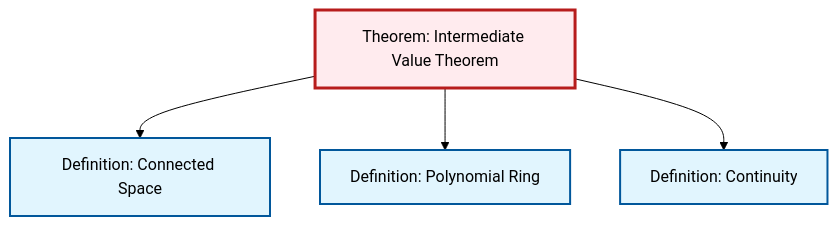
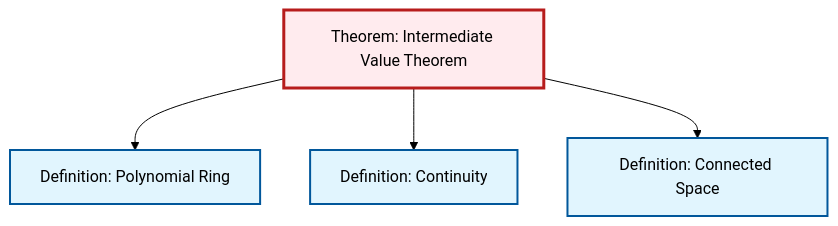
One commit to RK0429/ModernMath changed the diagram in content/ja/topology/thm-intermediate-value.qmd. Above: the diagram before and after it, drawn with Mermaid (forest theme). The commit also changed other lines of this file and 491 other files, not shown here.

````diff
--- a/content/ja/topology/thm-intermediate-value.qmd
+++ b/content/ja/topology/thm-intermediate-value.qmd
@@ -52,20 +52,20 @@
 ```{mermaid}
 %%| fig-cap: "Local dependency graph"
 graph TD
     classDef definition fill:#e1f5fe,stroke:#01579b,stroke-width:2px
     classDef theorem fill:#f3e5f5,stroke:#4a148c,stroke-width:2px
     classDef axiom fill:#fff3e0,stroke:#e65100,stroke-width:2px
     classDef example fill:#e8f5e9,stroke:#1b5e20,stroke-width:2px
     classDef current fill:#ffebee,stroke:#b71c1c,stroke-width:3px
-    def-connected["Definition: Connected Space"]:::definition
-    def-continuity["Definition: Continuity"]:::definition
     def-polynomial-ring["Definition: Polynomial Ring"]:::definition
     thm-intermediate-value["Theorem: Intermediate Value Theorem"]:::theorem
-    thm-intermediate-value --> def-connected
+    def-continuity["Definition: Continuity"]:::definition
+    def-connected["Definition: Connected Space"]:::definition
     thm-intermediate-value --> def-polynomial-ring
     thm-intermediate-value --> def-continuity
+    thm-intermediate-value --> def-connected
     class thm-intermediate-value current
+    click def-polynomial-ring "def-polynomial-ring.html" "Definition: Polynomial Ringへ"
+    click def-continuity "def-continuity.html" "Definition: Continuityへ"
     click def-connected "def-connected.html" "Definition: Connected Spaceへ"
-    click def-continuity "def-continuity.html" "Definition: Continuityへ"
-    click def-polynomial-ring "def-polynomial-ring.html" "Definition: Polynomial Ringへ"
 ```
````
